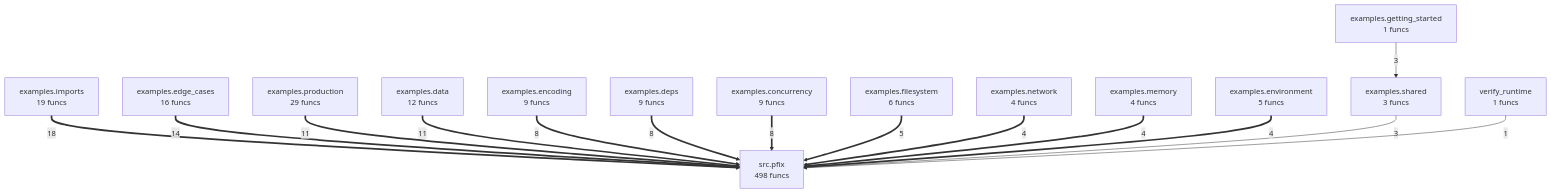
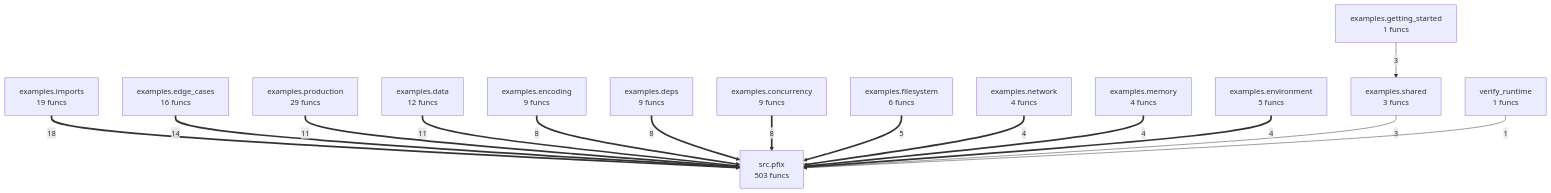
One commit to semcod/pfix changed the diagram in project/compact_flow.mmd. Above: the diagram before and after it, drawn with Mermaid. The commit also changed 28 other files, not shown here.

```diff
--- a/project/compact_flow.mmd
+++ b/project/compact_flow.mmd
@@ -1,30 +1,30 @@
 flowchart TD
     examples__concurrency["examples.concurrency<br/>9 funcs"]
     examples__data["examples.data<br/>12 funcs"]
     examples__deps["examples.deps<br/>9 funcs"]
     examples__edge_cases["examples.edge_cases<br/>16 funcs"]
     examples__encoding["examples.encoding<br/>9 funcs"]
     examples__environment["examples.environment<br/>5 funcs"]
     examples__filesystem["examples.filesystem<br/>6 funcs"]
     examples__getting_started["examples.getting_started<br/>1 funcs"]
     examples__imports["examples.imports<br/>19 funcs"]
     examples__memory["examples.memory<br/>4 funcs"]
     examples__network["examples.network<br/>4 funcs"]
     examples__production["examples.production<br/>29 funcs"]
     examples__shared["examples.shared<br/>3 funcs"]
-    src__pfix["src.pfix<br/>498 funcs"]
+    src__pfix["src.pfix<br/>503 funcs"]
     verify_runtime["verify_runtime<br/>1 funcs"]
     examples__imports ==>|18| src__pfix
     examples__edge_cases ==>|14| src__pfix
     examples__production ==>|11| src__pfix
     examples__data ==>|11| src__pfix
     examples__encoding ==>|8| src__pfix
     examples__deps ==>|8| src__pfix
     examples__concurrency ==>|8| src__pfix
     examples__filesystem ==>|5| src__pfix
     examples__network ==>|4| src__pfix
     examples__memory ==>|4| src__pfix
     examples__environment ==>|4| src__pfix
     examples__shared -->|3| src__pfix
     examples__getting_started -->|3| examples__shared
     verify_runtime -->|1| src__pfix
```
